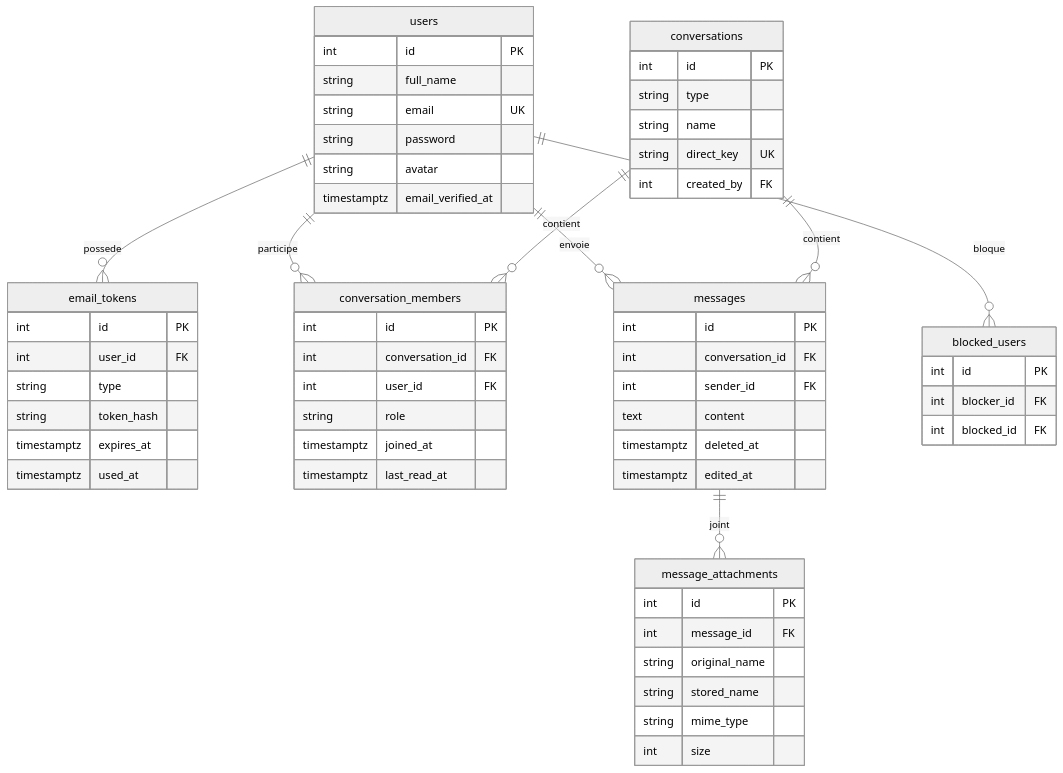
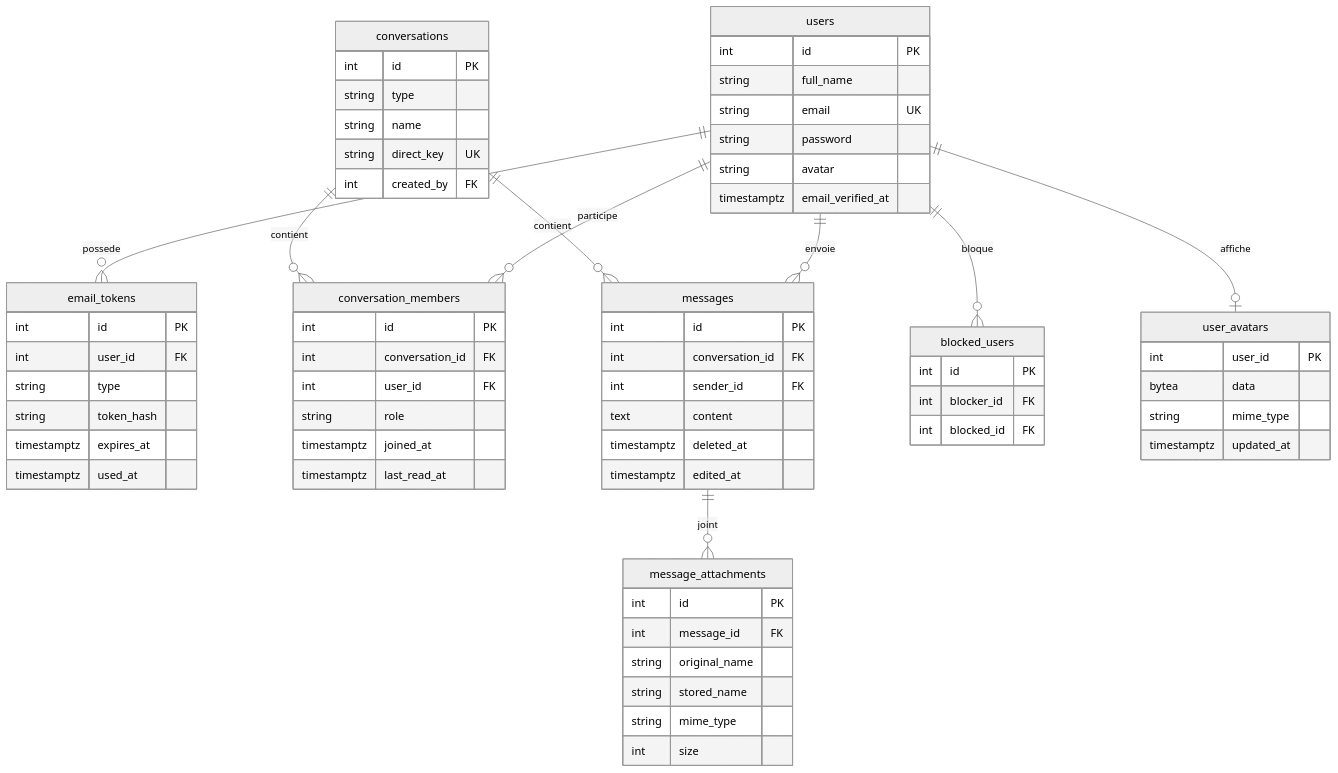
One commit to david28804/kadea-chat changed the diagram in README.md. Above: the diagram before and after it, drawn with Mermaid (neutral theme). The commit also changed other lines of this file and 5 other files, not shown here.

````diff
--- a/README.md
+++ b/README.md
@@ -141,63 +141,70 @@
 ```mermaid
 erDiagram
     users ||--o{ email_tokens : possede
     users ||--o{ conversation_members : participe
     users ||--o{ messages : envoie
     users ||--o{ blocked_users : bloque
+    users ||--o| user_avatars : affiche
     conversations ||--o{ conversation_members : contient
     conversations ||--o{ messages : contient
     messages ||--o{ message_attachments : joint
 
     users {
         int id PK
         string full_name
         string email UK
         string password
         string avatar
         timestamptz email_verified_at
     }
     email_tokens {
         int id PK
         int user_id FK
         string type
         string token_hash
         timestamptz expires_at
         timestamptz used_at
     }
     conversations {
         int id PK
         string type
         string name
         string direct_key UK
         int created_by FK
     }
     conversation_members {
         int id PK
         int conversation_id FK
         int user_id FK
         string role
         timestamptz joined_at
         timestamptz last_read_at
     }
     messages {
         int id PK
         int conversation_id FK
         int sender_id FK
         text content
         timestamptz deleted_at
         timestamptz edited_at
     }
     message_attachments {
         int id PK
         int message_id FK
         string original_name
         string stored_name
         string mime_type
         int size
     }
     blocked_users {
         int id PK
         int blocker_id FK
         int blocked_id FK
     }
+    user_avatars {
+        int user_id PK
+        bytea data
+        string mime_type
+        timestamptz updated_at
+    }
 ```
````
